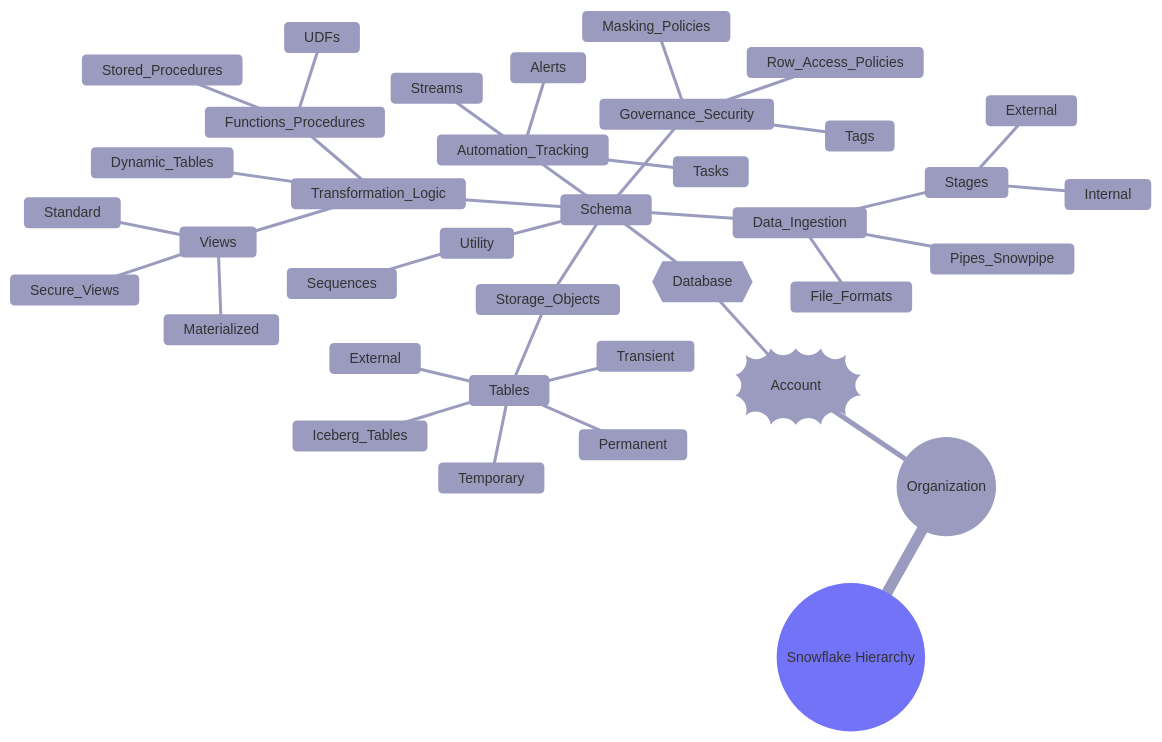
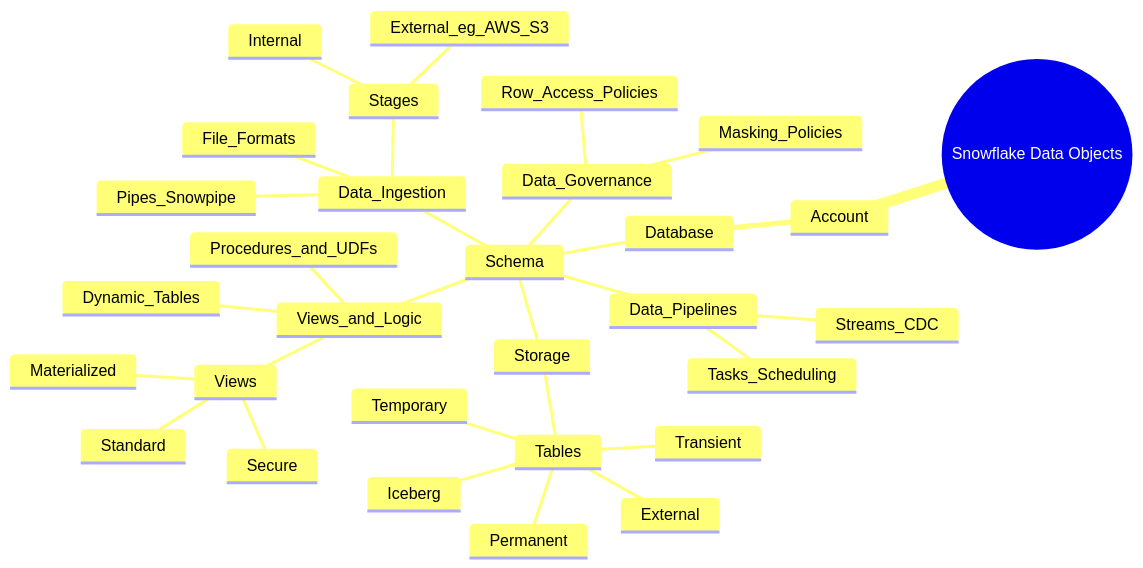
The diagram in 01-foundations/03-data-objects/01-data_objects_mindmap.md (arira-ai/ar_snowflake), drawn with Mermaid before and after one commit.

````diff
--- a/01-foundations/03-data-objects/01-data_objects_mindmap.md
+++ b/01-foundations/03-data-objects/01-data_objects_mindmap.md
@@ -3,44 +3,33 @@
 ```mermaid
----
-config:
-  theme: neo
----
 mindmap
-((Snowflake Hierarchy))
-  ((Organization))
-    ))Account((
-      {{Database}}
+  root((Snowflake Data Objects))
+    Account
+      Database
         Schema
-          Storage_Objects
+          Storage
             Tables
               Permanent
               Transient
               Temporary
               External
-              Iceberg_Tables
-          Transformation_Logic
+              Iceberg
+          Views_and_Logic
             Views
               Standard
+              Secure
               Materialized
-              Secure_Views
             Dynamic_Tables
-            Functions_Procedures
-              UDFs
-              Stored_Procedures
+            Procedures_and_UDFs
           Data_Ingestion
             Stages
               Internal
-              External
+              External_eg_AWS_S3
             Pipes_Snowpipe
             File_Formats
-          Automation_Tracking
-            Tasks
-            Streams
-            Alerts
-          Governance_Security
+          Data_Pipelines
+            Streams_CDC
+            Tasks_Scheduling
+          Data_Governance
             Masking_Policies
             Row_Access_Policies
-            Tags
-          Utility
-            Sequences
 ```
````
